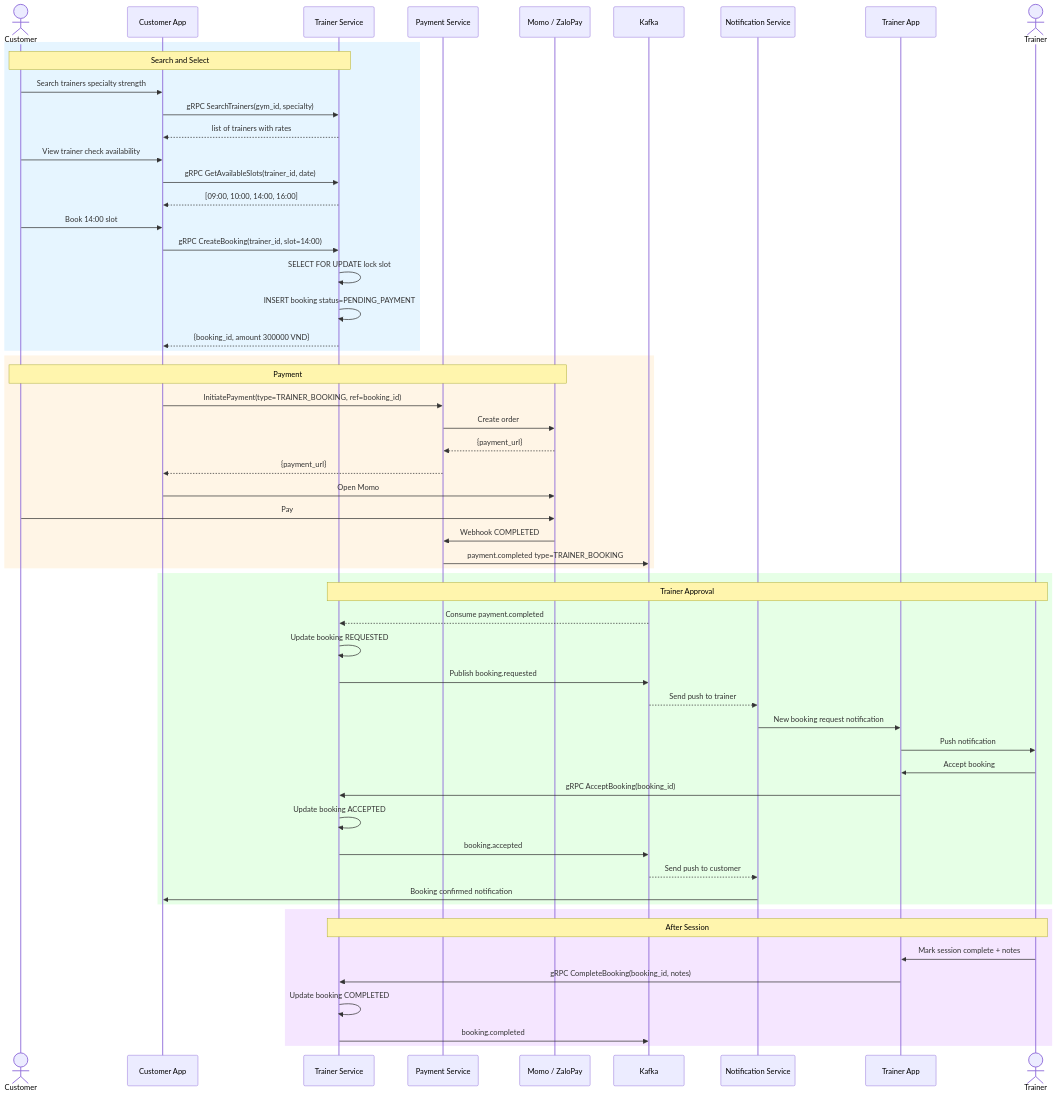
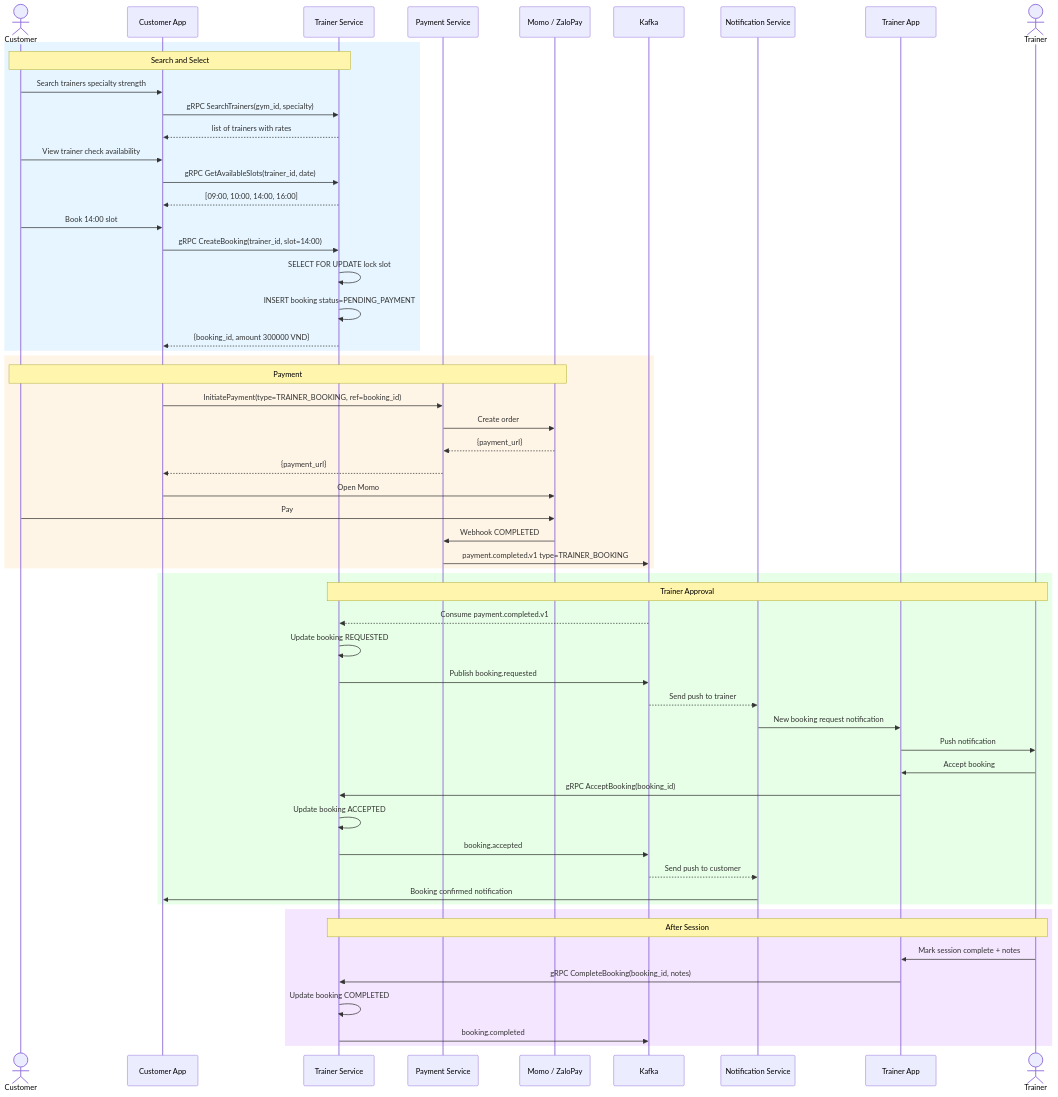
One commit to pploc/gym-architect changed the ninth of 15 diagrams in flows/01-business-flows.md. Above: the diagram before and after it, drawn with Mermaid. The commit also changed other lines of this file and 15 other files, not shown here.

````diff
--- a/flows/01-business-flows.md
+++ b/flows/01-business-flows.md
@@ -293,69 +310,69 @@
 ```mermaid
 sequenceDiagram
     actor C as Customer
     participant APP as Customer App
     participant TS as Trainer Service
     participant PS as Payment Service
     participant PP as Momo / ZaloPay
     participant KF as Kafka
     participant NS as Notification Service
     participant TAPP as Trainer App
     actor T as Trainer
 
     rect rgb(230, 245, 255)
     Note over C,TS: Search and Select
     C->>APP: Search trainers specialty strength
     APP->>TS: gRPC SearchTrainers(gym_id, specialty)
     TS-->>APP: list of trainers with rates
 
     C->>APP: View trainer check availability
     APP->>TS: gRPC GetAvailableSlots(trainer_id, date)
     TS-->>APP: [09:00, 10:00, 14:00, 16:00]
 
     C->>APP: Book 14:00 slot
     APP->>TS: gRPC CreateBooking(trainer_id, slot=14:00)
     TS->>TS: SELECT FOR UPDATE lock slot
     TS->>TS: INSERT booking status=PENDING_PAYMENT
     TS-->>APP: {booking_id, amount 300000 VND}
     end
 
     rect rgb(255, 245, 230)
     Note over C,PP: Payment
     APP->>PS: InitiatePayment(type=TRAINER_BOOKING, ref=booking_id)
     PS->>PP: Create order
     PP-->>PS: {payment_url}
     PS-->>APP: {payment_url}
 
     APP->>PP: Open Momo
     C->>PP: Pay
     PP->>PS: Webhook COMPLETED
-    PS->>KF: payment.completed type=TRAINER_BOOKING
+    PS->>KF: payment.completed.v1 type=TRAINER_BOOKING
     end
 
     rect rgb(230, 255, 230)
     Note over TS,T: Trainer Approval
-    KF-->>TS: Consume payment.completed
+    KF-->>TS: Consume payment.completed.v1
     TS->>TS: Update booking REQUESTED
 
     TS->>KF: Publish booking.requested
     KF-->>NS: Send push to trainer
     NS->>TAPP: New booking request notification
     TAPP->>T: Push notification
 
     T->>TAPP: Accept booking
     TAPP->>TS: gRPC AcceptBooking(booking_id)
     TS->>TS: Update booking ACCEPTED
     TS->>KF: booking.accepted
 
     KF-->>NS: Send push to customer
     NS->>APP: Booking confirmed notification
     end
 
     rect rgb(245, 230, 255)
     Note over T,TS: After Session
     T->>TAPP: Mark session complete + notes
     TAPP->>TS: gRPC CompleteBooking(booking_id, notes)
     TS->>TS: Update booking COMPLETED
     TS->>KF: booking.completed
     end
 ```
````
